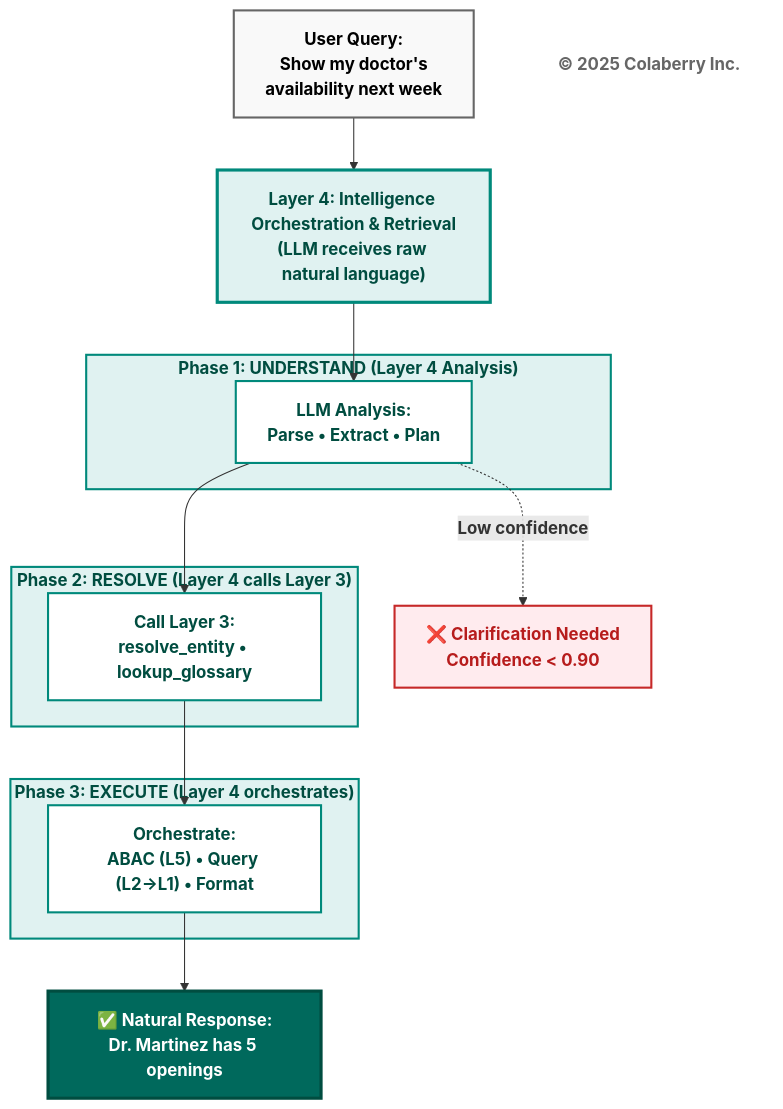
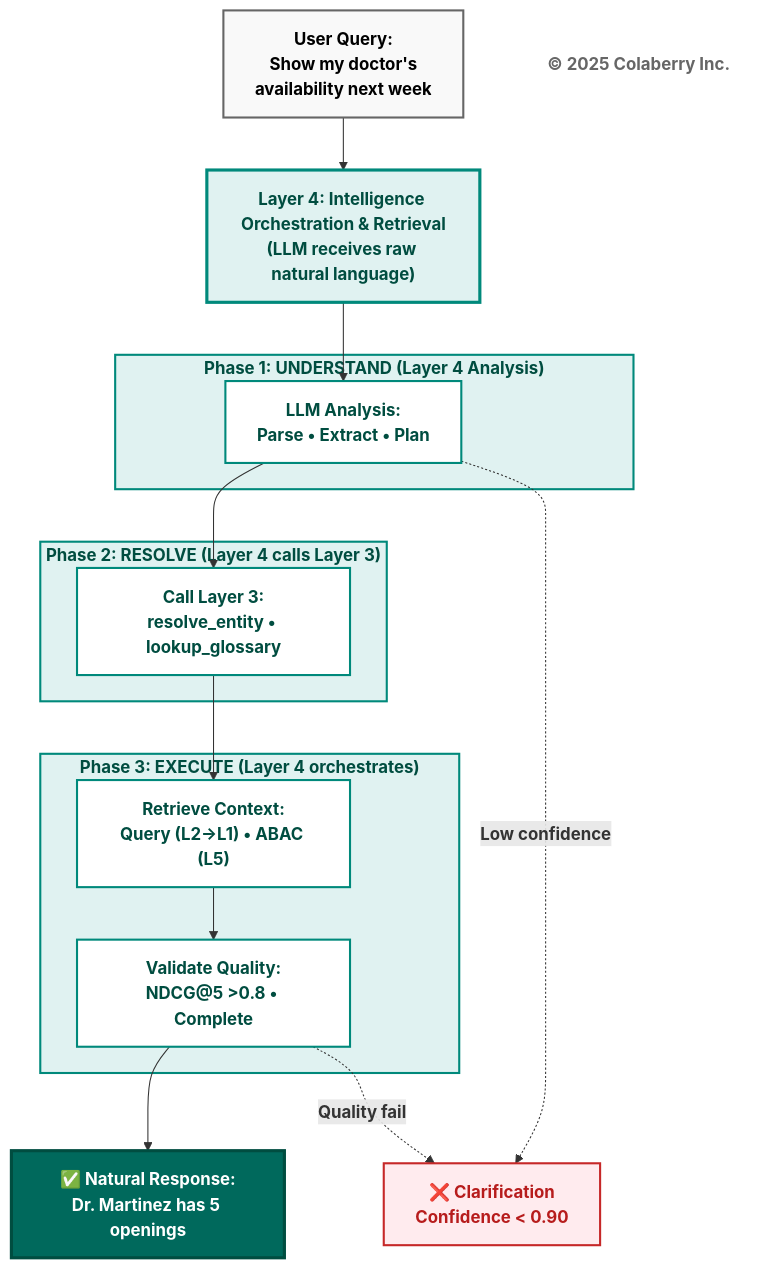
The seventh of 12 diagrams in chapter-02/chapter_2_complete.md (colaberry/enterprise-data-readiness-ai-agents), drawn with Mermaid before and after one commit. The commit also changed other lines of this file, not shown here.

````diff
--- a/chapter-02/chapter_2_complete.md
+++ b/chapter-02/chapter_2_complete.md
@@ -940,43 +1051,47 @@
 ```mermaid
 graph TB
     NL["<b>User Query:</b><br/><b>Show my doctor's</b><br/><b>availability next week</b>"]
     
     NL --> L4["<b>Layer 4: Intelligence Orchestration & Retrieval</b><br/><b>(LLM receives raw natural language)</b>"]
     
     subgraph PHASE1["<b>Phase 1: UNDERSTAND (Layer 4 Analysis)</b>"]
         P1["<b>LLM Analysis:</b><br/><b>Parse • Extract • Plan</b>"]
     end
     
     subgraph PHASE2["<b>Phase 2: RESOLVE (Layer 4 calls Layer 3)</b>"]
         P2["<b>Call Layer 3:</b><br/><b>resolve_entity • lookup_glossary</b>"]
     end
     
     subgraph PHASE3["<b>Phase 3: EXECUTE (Layer 4 orchestrates)</b>"]
-        P3["<b>Orchestrate:</b><br/><b>ABAC (L5) • Query (L2→L1) • Format</b>"]
+        P3A["<b>Retrieve Context:</b><br/><b>Query (L2→L1) • ABAC (L5)</b>"]
+        P3B["<b>Validate Quality:</b><br/><b>NDCG@5 >0.8 • Complete</b>"]
     end
     
-    CLARIFY["<b>❌ Clarification Needed</b><br/><b>Confidence < 0.90</b>"]
+    CLARIFY["<b>❌ Clarification</b><br/><b>Confidence < 0.90</b>"]
     
     RESULT["<b>✅ Natural Response:</b><br/><b>Dr. Martinez has 5 openings</b>"]
     
     L4 --> P1
     P1 --> P2
-    P2 --> P3
-    P3 --> RESULT
+    P2 --> P3A
+    P3A --> P3B
+    P3B --> RESULT
     
     P1 -.->|<b>Low confidence</b>| CLARIFY
+    P3B -.->|<b>Quality fail</b>| CLARIFY
     
     style L4 fill:#e0f2f1,stroke:#00897b,stroke-width:3px,color:#004d40
     style PHASE1 fill:#e0f2f1,stroke:#00897b,stroke-width:2px,color:#004d40
     style PHASE2 fill:#e0f2f1,stroke:#00897b,stroke-width:2px,color:#004d40
     style PHASE3 fill:#e0f2f1,stroke:#00897b,stroke-width:2px,color:#004d40
     style P1 fill:#ffffff,stroke:#00897b,stroke-width:2px,color:#004d40
     style P2 fill:#ffffff,stroke:#00897b,stroke-width:2px,color:#004d40
-    style P3 fill:#ffffff,stroke:#00897b,stroke-width:2px,color:#004d40
+    style P3A fill:#ffffff,stroke:#00897b,stroke-width:2px,color:#004d40
+    style P3B fill:#ffffff,stroke:#00897b,stroke-width:2px,color:#004d40
     style RESULT fill:#00695c,color:#ffffff,stroke:#004d40,stroke-width:3px
     style CLARIFY fill:#ffebee,stroke:#c62828,stroke-width:2px,color:#b71c1c
     style NL fill:#f9f9f9,stroke:#666666,stroke-width:2px,color:#000000
     
     Copyright["<b>© 2025 Colaberry Inc.</b>"]
     style Copyright fill:#ffffff,stroke:none,color:#666666
 ```
````
